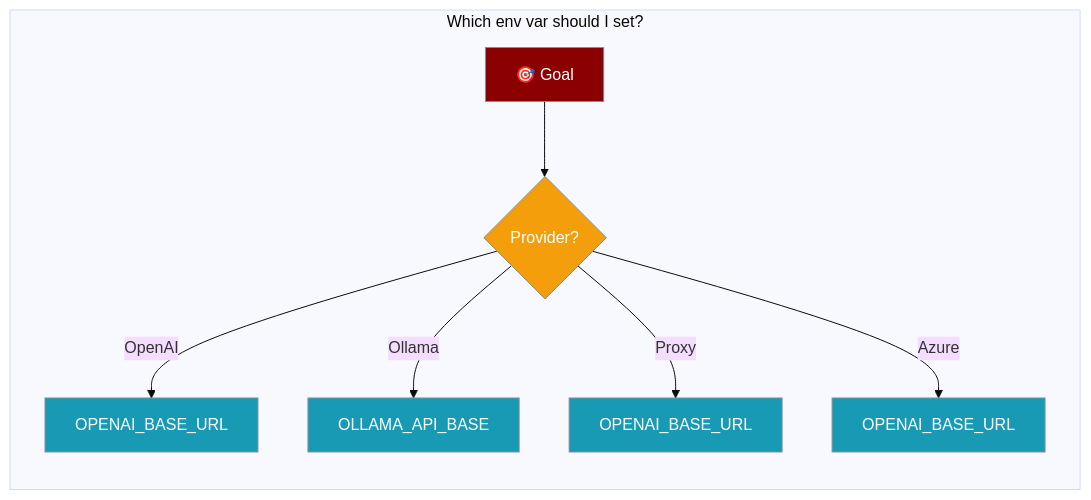
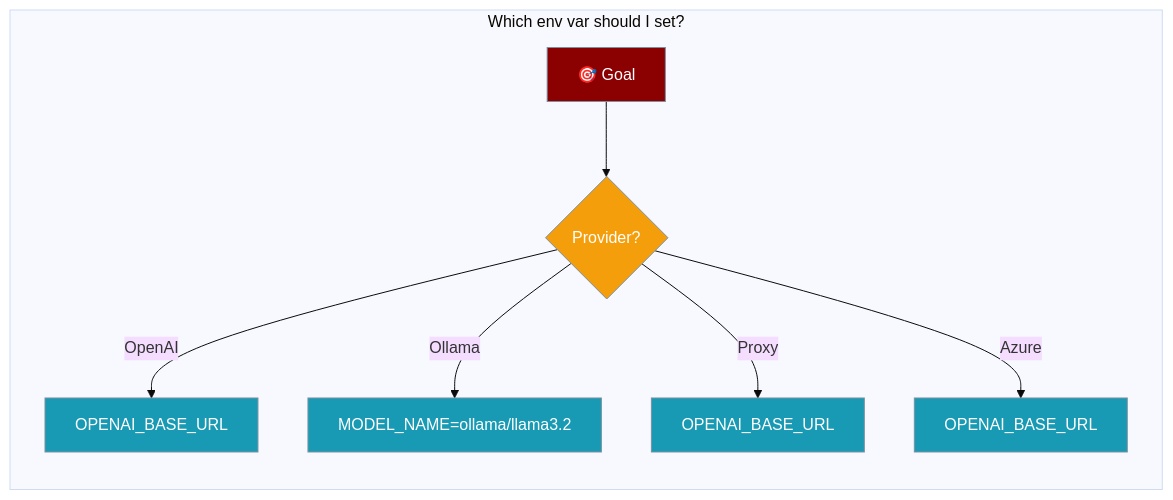
The third of 4 diagrams in docs/features/llm-endpoint-config.mdx (MervinPraison/PraisonAIDocs), drawn with Mermaid (base theme) before and after one commit. The commit also changed other lines of this file and 6 other files, not shown here.

First line of the commit message:
docs: update Ollama/local-model recipe to working pattern (fixes #3832)

````diff
--- a/docs/features/llm-endpoint-config.mdx
+++ b/docs/features/llm-endpoint-config.mdx
@@ -166,18 +166,18 @@
 ```mermaid
 graph LR
     subgraph "Which env var should I set?"
         A[🎯 Goal] --> B{Provider?}
         B -->|OpenAI| C[OPENAI_BASE_URL]
-        B -->|Ollama| D[OLLAMA_API_BASE]
+        B -->|Ollama| D[MODEL_NAME=ollama/llama3.2]
         B -->|Proxy| E[OPENAI_BASE_URL]
         B -->|Azure| F[OPENAI_BASE_URL]
     end
     
     classDef goal fill:#8B0000,stroke:#7C90A0,color:#fff
     classDef decision fill:#F59E0B,stroke:#7C90A0,color:#fff
     classDef var fill:#189AB4,stroke:#7C90A0,color:#fff
     
     class A goal
     class B decision
     class C,D,E,F var
 ```
````
